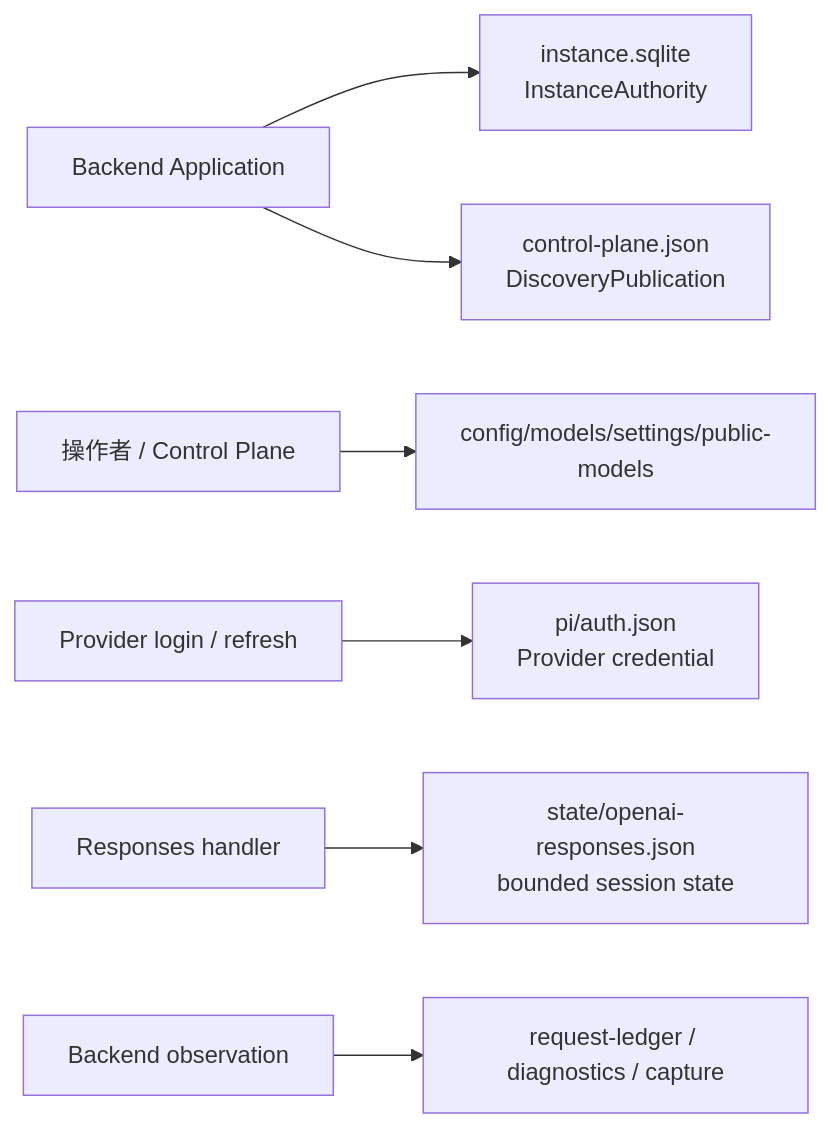
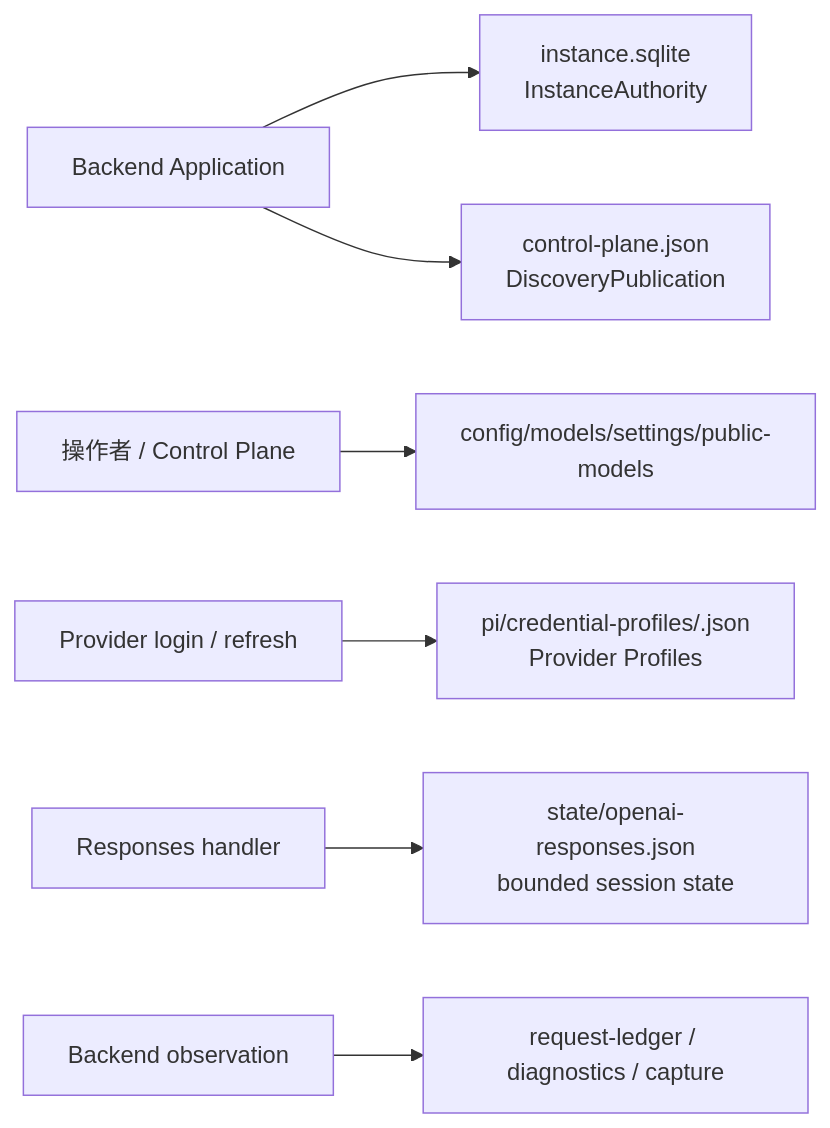
Before and after one commit to keeplearning2026/LuckyToken: diagram 14 of 19 in doc/LuckyTokenArchitecture.md, drawn with Mermaid. The commit also changed other lines of this file and 130 other files, not shown here.

Commit message:
feat: add provider credential profiles

````diff
--- a/doc/LuckyTokenArchitecture.md
+++ b/doc/LuckyTokenArchitecture.md
@@ -1965,9 +1946,9 @@
 ```mermaid
 flowchart LR
     APP["Backend Application"] --> IA["instance.sqlite\nInstanceAuthority"]
     APP --> DISC["control-plane.json\nDiscoveryPublication"]
     OP["操作者 / Control Plane"] --> CFG["config/models/settings/public-models"]
-    PI["Provider login / refresh"] --> PA["pi/auth.json\nProvider credential"]
+    PI["Provider login / refresh"] --> PA["pi/credential-profiles/<provider>.json\nProvider Profiles"]
     RESP["Responses handler"] --> STATE["state/openai-responses.json\nbounded session state"]
     OBS["Backend observation"] --> LEDGER["request-ledger / diagnostics / capture"]
 ```
````
